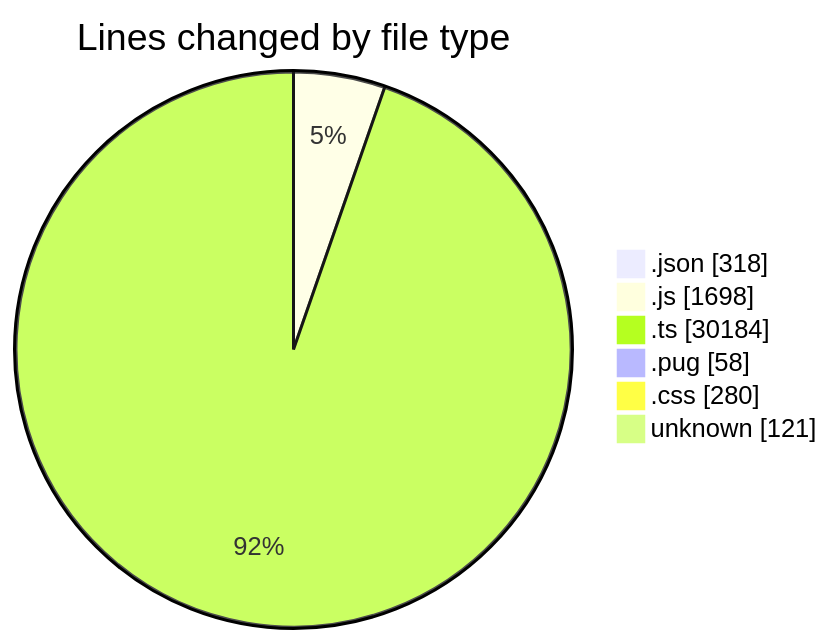
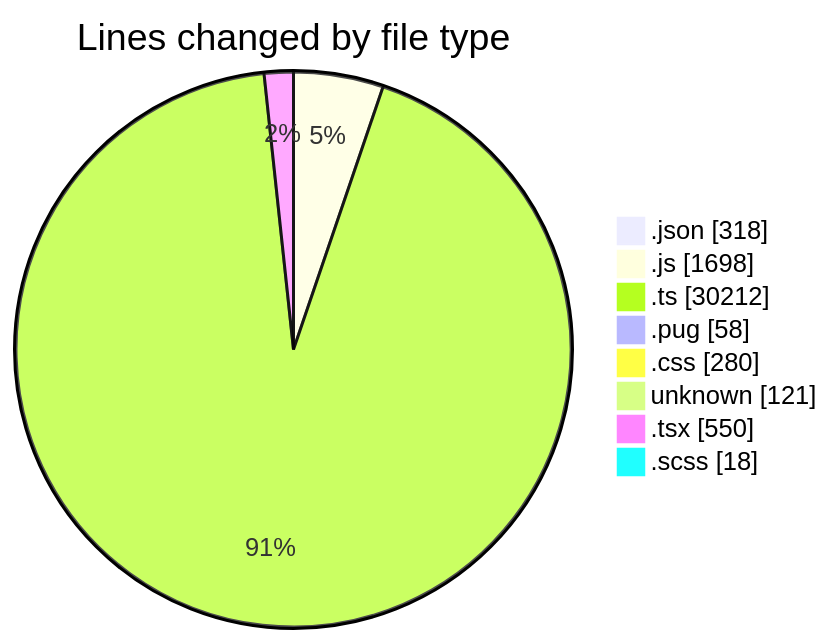
The first of 2 diagrams in 2026-06-02/cda/README.md (momahboobian/code-tracking), drawn with Mermaid before and after one commit. The commit also changed other lines of this file and 1 other file, not shown here.

````diff
--- a/2026-06-02/cda/README.md
+++ b/2026-06-02/cda/README.md
@@ -48,10 +54,12 @@
 ```mermaid
 pie showData
 title Lines changed by file type
 ".json" : 318
 ".js" : 1698
-".ts" : 30184
+".ts" : 30212
 ".pug" : 58
 ".css" : 280
 "unknown" : 121
+".tsx" : 550
+".scss" : 18
 ```
````
